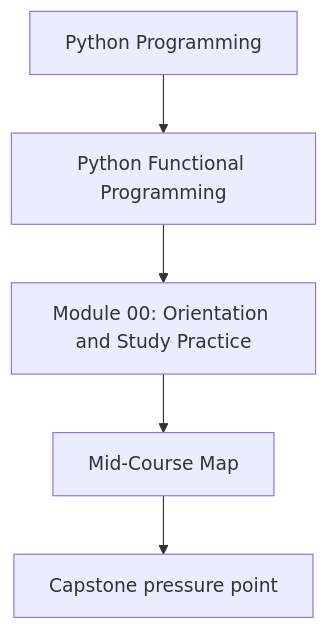
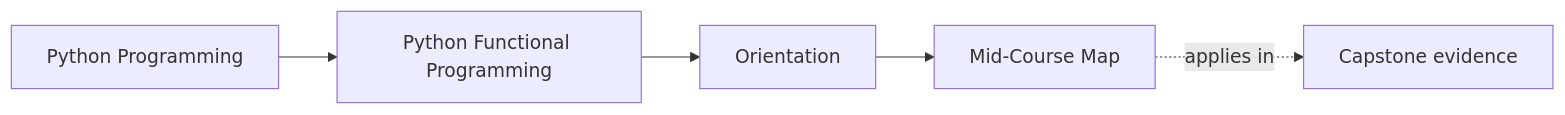
Before and after one commit to bijux/bijux-masterclass: the first of 2 diagrams in programs/python-programming/python-functional-programming/course-book/module-00-orientation/mid-course-map.md, drawn with Mermaid. The commit also changed other lines of this file and 73 other files, not shown here.

Commit message:
docs(python-functional-programming): map orientation through streaming foundations

````diff
--- a/programs/python-programming/python-functional-programming/course-book/module-00-orientation/mid-course-map.md
+++ b/programs/python-programming/python-functional-programming/course-book/module-00-orientation/mid-course-map.md
@@ -6,7 +6,11 @@
 ```mermaid
-flowchart TD
-  family["Python Programming"] --> program["Python Functional Programming"]
-  program --> module["Module 00: Orientation and Study Practice"]
-  module --> concept["Mid-Course Map"]
-  concept --> capstone["Capstone pressure point"]
+graph LR
+  family["Python Programming"]
+  program["Python Functional Programming"]
+  section["Orientation"]
+  page["Mid-Course Map"]
+  capstone["Capstone evidence"]
+
+  family --> program --> section --> page
+  page -.applies in.-> capstone
 ```
````
